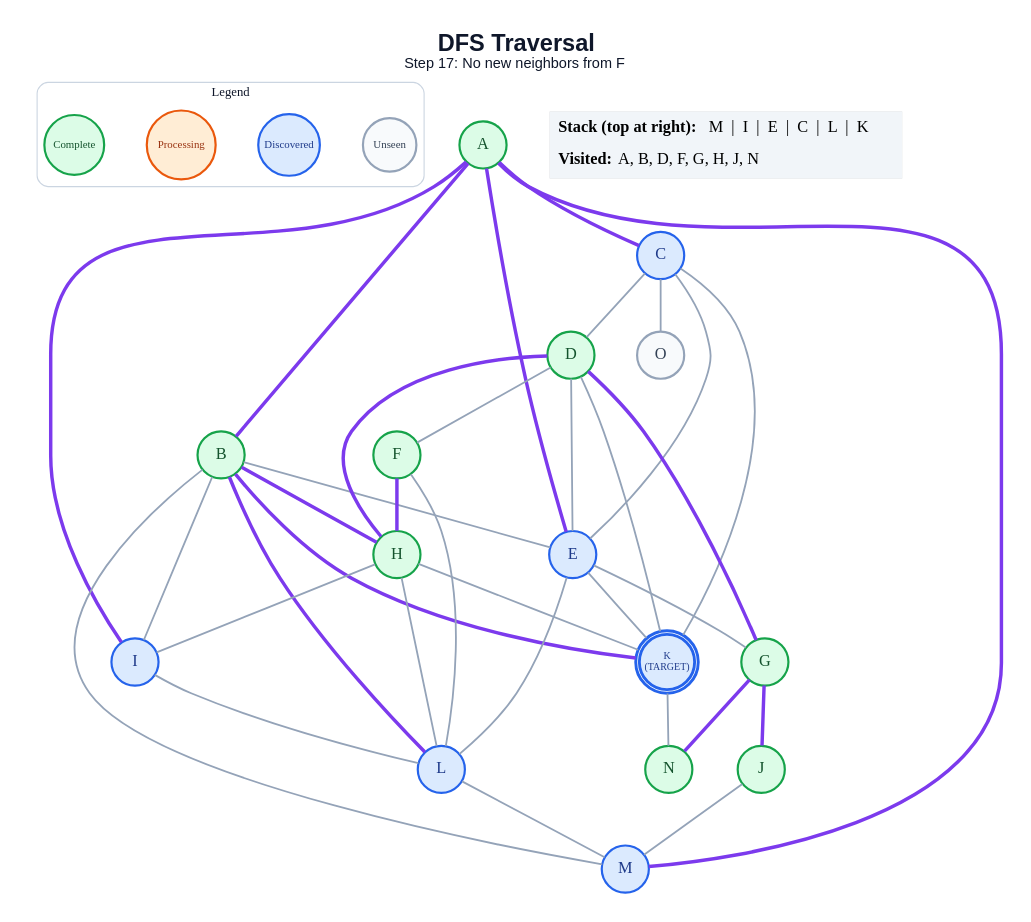
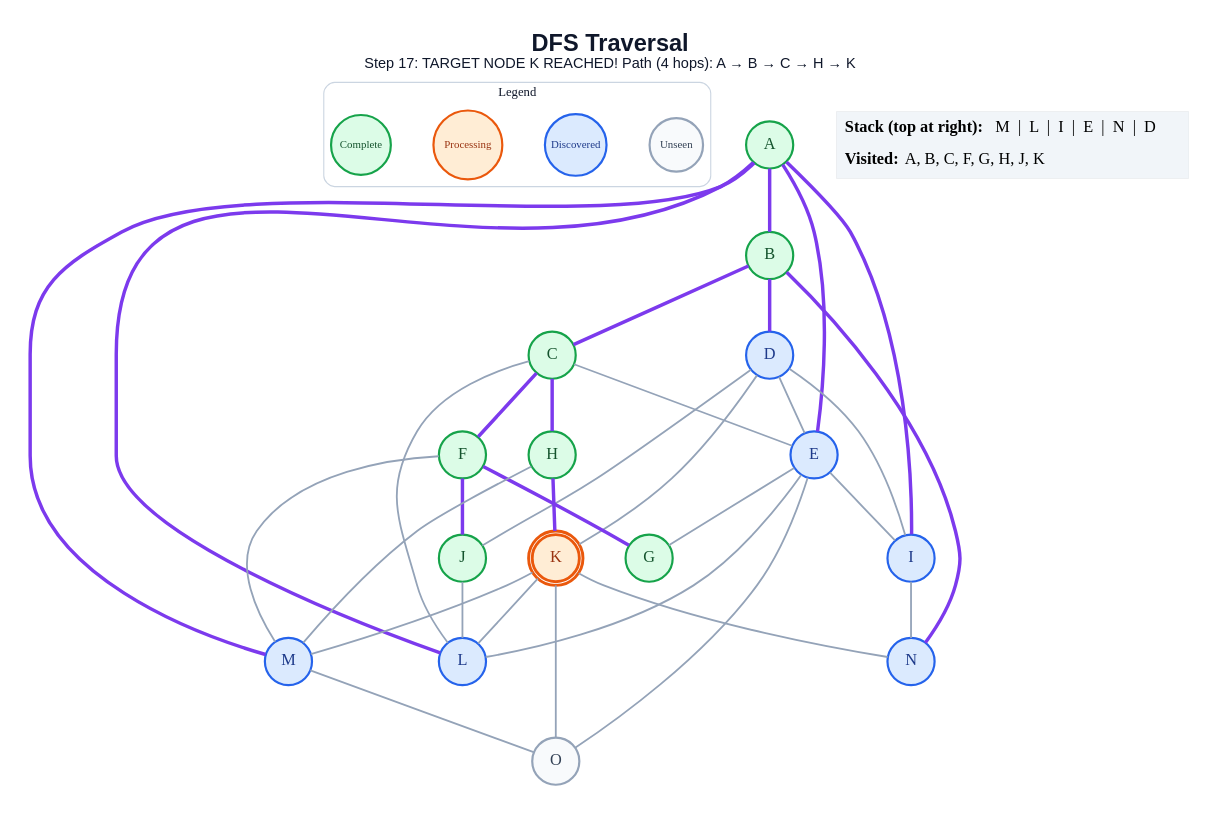
The diagram in generated/specific-node/dfs/step_17.dot (anon7238593-create/ai-slop), drawn with Graphviz before and after one commit. The commit also changed 249 other files, not shown here.

```diff
--- a/generated/specific-node/dfs/step_17.dot
+++ b/generated/specific-node/dfs/step_17.dot
@@ -1,68 +1,66 @@
 graph traversal {
   graph [layout=dot, rankdir=TB, bgcolor="#FFFFFF", pad="0.35", nodesep="0.65", ranksep="0.8", fontname="Arial"];
   node [shape=circle, style="filled", fontname="Arial Bold", fontsize=18, width=0.72, fixedsize=true, penwidth=2.4];
   edge [color="#94A3B8", penwidth=2.0];
-  label=<<B>DFS Traversal</B><BR/><FONT POINT-SIZE="16">Step 17: No new neighbors from F</FONT>>; labelloc="t"; fontsize=26; fontname="Arial"; fontcolor="#0F172A";
+  label=<<B>DFS Traversal</B><BR/><FONT POINT-SIZE="16">Step 17: TARGET NODE K REACHED! Path (4 hops): A → B → C → H → K</FONT>>; labelloc="t"; fontsize=26; fontname="Arial"; fontcolor="#0F172A";
   subgraph cluster_legend { label="Legend"; color="#CBD5E1"; penwidth=1.2; style="rounded"; fontsize=14; fontname="Arial Bold";
     key_unseen [label="Unseen", fillcolor="#F8FAFC", color="#94A3B8", fontcolor="#334155", fontsize=12, width=0.82];
     key_frontier [label="Discovered", fillcolor="#DBEAFE", color="#2563EB", fontcolor="#1E3A8A", fontsize=12, width=0.95];
     key_current [label="Processing", fillcolor="#FFEDD5", color="#EA580C", fontcolor="#9A3412", fontsize=12, width=1.05];
     key_done [label="Complete", fillcolor="#DCFCE7", color="#16A34A", fontcolor="#14532D", fontsize=12, width=0.92];
     { rank=same; key_unseen; key_frontier; key_current; key_done; }
   }
   A [label="A", fillcolor="#DCFCE7", color="#16A34A", fontcolor="#14532D", peripheries=1, penwidth=2.4];
   B [label="B", fillcolor="#DCFCE7", color="#16A34A", fontcolor="#14532D", peripheries=1, penwidth=2.4];
-  C [label="C", fillcolor="#DBEAFE", color="#2563EB", fontcolor="#1E3A8A", peripheries=1, penwidth=2.4];
-  D [label="D", fillcolor="#DCFCE7", color="#16A34A", fontcolor="#14532D", peripheries=1, penwidth=2.4];
+  C [label="C", fillcolor="#DCFCE7", color="#16A34A", fontcolor="#14532D", peripheries=1, penwidth=2.4];
+  D [label="D", fillcolor="#DBEAFE", color="#2563EB", fontcolor="#1E3A8A", peripheries=1, penwidth=2.4];
   E [label="E", fillcolor="#DBEAFE", color="#2563EB", fontcolor="#1E3A8A", peripheries=1, penwidth=2.4];
   F [label="F", fillcolor="#DCFCE7", color="#16A34A", fontcolor="#14532D", peripheries=1, penwidth=2.4];
   G [label="G", fillcolor="#DCFCE7", color="#16A34A", fontcolor="#14532D", peripheries=1, penwidth=2.4];
   H [label="H", fillcolor="#DCFCE7", color="#16A34A", fontcolor="#14532D", peripheries=1, penwidth=2.4];
   I [label="I", fillcolor="#DBEAFE", color="#2563EB", fontcolor="#1E3A8A", peripheries=1, penwidth=2.4];
   J [label="J", fillcolor="#DCFCE7", color="#16A34A", fontcolor="#14532D", peripheries=1, penwidth=2.4];
-  K [label="K\n(TARGET)", fillcolor="#DBEAFE", color="#2563EB", fontcolor="#1E3A8A", peripheries=2, penwidth=3.2, fontsize=11, width=0.85, height=0.85];
+  K [label="K", fillcolor="#FFEDD5", color="#EA580C", fontcolor="#9A3412", peripheries=2, penwidth=3.2];
   L [label="L", fillcolor="#DBEAFE", color="#2563EB", fontcolor="#1E3A8A", peripheries=1, penwidth=2.4];
   M [label="M", fillcolor="#DBEAFE", color="#2563EB", fontcolor="#1E3A8A", peripheries=1, penwidth=2.4];
-  N [label="N", fillcolor="#DCFCE7", color="#16A34A", fontcolor="#14532D", peripheries=1, penwidth=2.4];
+  N [label="N", fillcolor="#DBEAFE", color="#2563EB", fontcolor="#1E3A8A", peripheries=1, penwidth=2.4];
   O [label="O", fillcolor="#F8FAFC", color="#94A3B8", fontcolor="#334155", peripheries=1, penwidth=2.4];
   A -- B [color="#7C3AED", penwidth=3.8];
-  A -- C [color="#7C3AED", penwidth=3.8];
   A -- E [color="#7C3AED", penwidth=3.8];
   A -- I [color="#7C3AED", penwidth=3.8];
+  A -- L [color="#7C3AED", penwidth=3.8];
   A -- M [color="#7C3AED", penwidth=3.8];
-  B -- E;
-  B -- H [color="#7C3AED", penwidth=3.8];
-  B -- I;
-  B -- K [color="#7C3AED", penwidth=3.8];
-  B -- L [color="#7C3AED", penwidth=3.8];
-  B -- M;
-  C -- D;
+  B -- C [color="#7C3AED", penwidth=3.8];
+  B -- D [color="#7C3AED", penwidth=3.8];
+  B -- N [color="#7C3AED", penwidth=3.8];
   C -- E;
-  C -- K;
-  C -- O;
+  C -- F [color="#7C3AED", penwidth=3.8];
+  C -- H [color="#7C3AED", penwidth=3.8];
+  C -- L;
   D -- E;
-  D -- F;
-  D -- G [color="#7C3AED", penwidth=3.8];
-  D -- H [color="#7C3AED", penwidth=3.8];
+  D -- I;
+  D -- J;
   D -- K;
   E -- G;
-  E -- K;
+  E -- I;
   E -- L;
-  F -- H [color="#7C3AED", penwidth=3.8];
-  F -- L;
-  G -- J [color="#7C3AED", penwidth=3.8];
-  G -- N [color="#7C3AED", penwidth=3.8];
-  H -- I;
-  H -- K;
-  H -- L;
-  I -- L;
-  J -- M;
+  E -- O;
+  F -- G [color="#7C3AED", penwidth=3.8];
+  F -- J [color="#7C3AED", penwidth=3.8];
+  F -- M;
+  H -- K [color="#7C3AED", penwidth=3.8];
+  H -- M;
+  I -- N;
+  J -- L;
+  K -- L;
+  K -- M;
   K -- N;
-  L -- M;
+  K -- O;
+  M -- O;
   status [shape=plain, fixedsize=false, width=0, height=0, margin=0, label=<
     <TABLE BORDER="0" CELLBORDER="0" CELLPADDING="7" BGCOLOR="#F1F5F9">
-      <TR><TD ALIGN="LEFT"><B>Stack (top at right):</B> M  |  I  |  E  |  C  |  L  |  K</TD></TR>
-      <TR><TD ALIGN="LEFT"><B>Visited:</B> A, B, D, F, G, H, J, N</TD></TR>
+      <TR><TD ALIGN="LEFT"><B>Stack (top at right):</B> M  |  L  |  I  |  E  |  N  |  D</TD></TR>
+      <TR><TD ALIGN="LEFT"><B>Visited:</B> A, B, C, F, G, H, J, K</TD></TR>
     </TABLE>
   >];
 }
```
